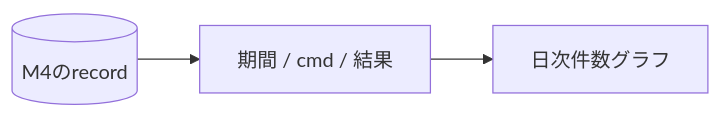
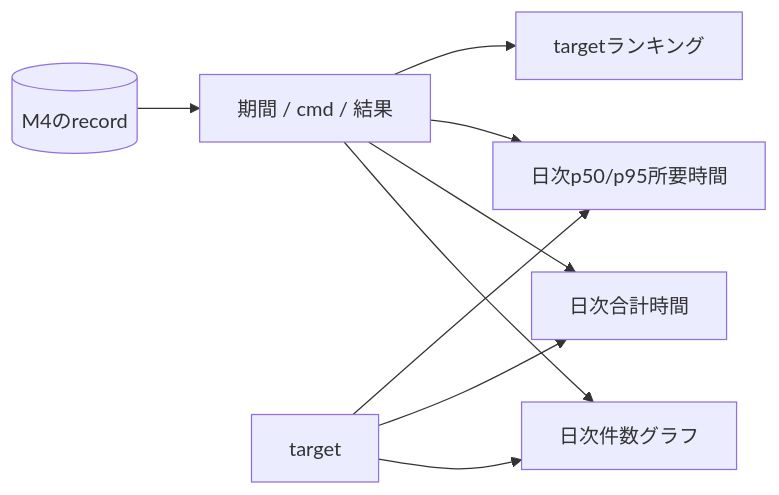
One commit to OhataKenji/zeal changed the diagram in docs/design/m5-analytics.md. Above: the diagram before and after it, drawn with Mermaid. The commit also changed other lines of this file and 5 other files, not shown here.

First line of the commit message:
Extend Analytics with outcome, wait-time and per-target charts

````diff
--- a/docs/design/m5-analytics.md
+++ b/docs/design/m5-analytics.md
@@ -8,5 +8,11 @@
 ```mermaid
 flowchart LR
     DB[("M4のrecord")] --> FILTER["期間 / cmd / 結果"]
     FILTER --> COUNT["日次件数グラフ"]
+    FILTER --> WAIT["日次合計時間"]
+    FILTER --> DUR["日次p50/p95所要時間"]
+    FILTER --> RANK["targetランキング"]
+    TGT["target"] --> COUNT
+    TGT --> WAIT
+    TGT --> DUR
 ```
````
